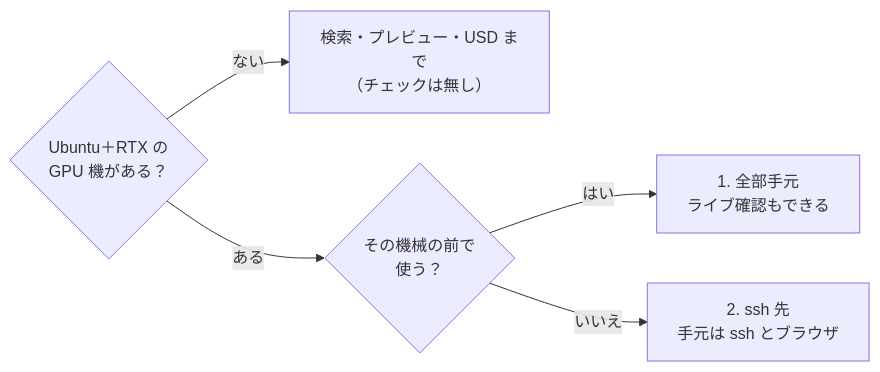
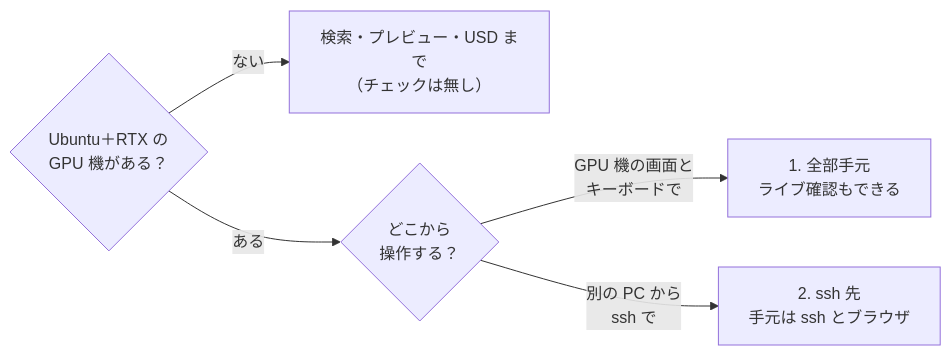
The first of 3 diagrams in docs/getting-started.md (atinfinity/agentic-sim-world-gen), drawn with Mermaid before and after one commit. The commit also changed other lines of this file and 1 other file, not shown here.

Commit message:
Getting Started: ask where you work from, not whether you sit in front of the GPU machine

````diff
--- a/docs/getting-started.md
+++ b/docs/getting-started.md
@@ -9,7 +9,7 @@
 ```mermaid
 flowchart LR
   q1{"Ubuntu＋RTX の<br/>GPU 機がある？"} -- "ない" --> nogpu["検索・プレビュー・USD まで<br/>（チェックは無し）"]
-  q1 -- "ある" --> q2{"その機械の前で<br/>使う？"}
-  q2 -- "はい" --> local["1. 全部手元<br/>ライブ確認もできる"]
-  q2 -- "いいえ" --> ssh["2. ssh 先<br/>手元は ssh とブラウザ"]
+  q1 -- "ある" --> q2{"どこから<br/>操作する？"}
+  q2 -- "GPU 機の画面と<br/>キーボードで" --> local["1. 全部手元<br/>ライブ確認もできる"]
+  q2 -- "別の PC から<br/>ssh で" --> ssh["2. ssh 先<br/>手元は ssh とブラウザ"]
 ```
````
